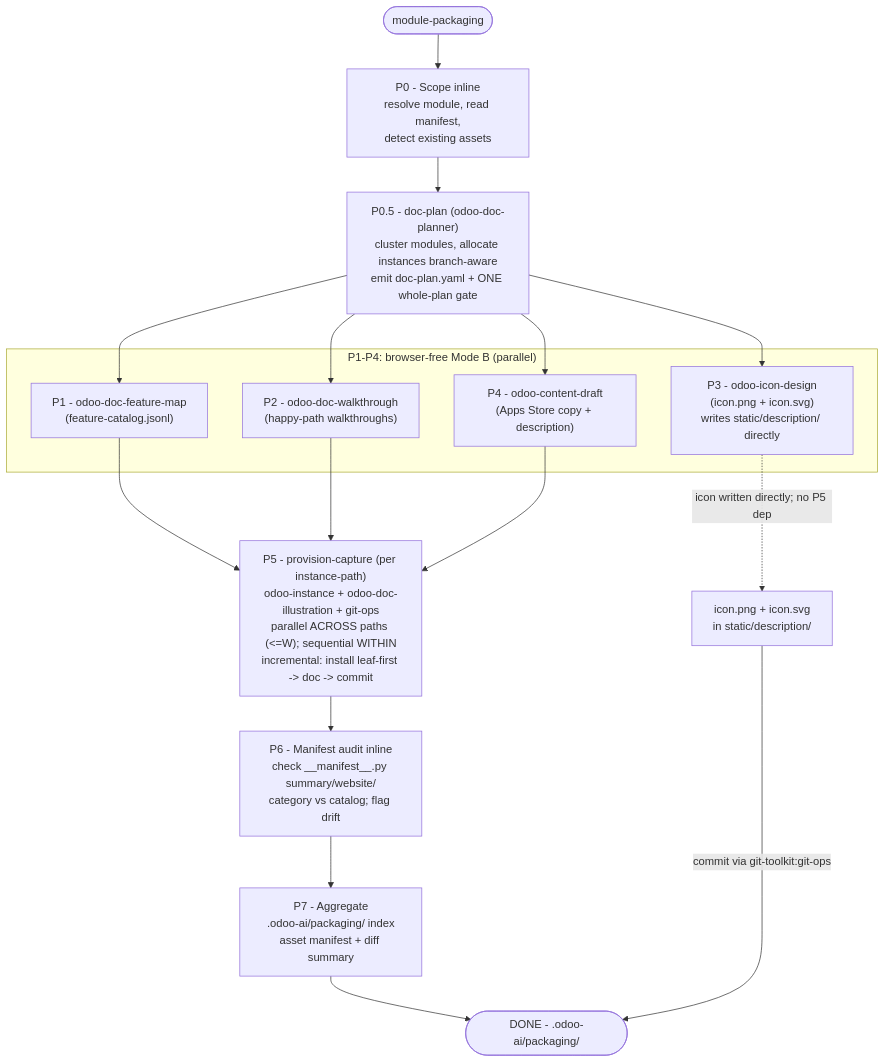
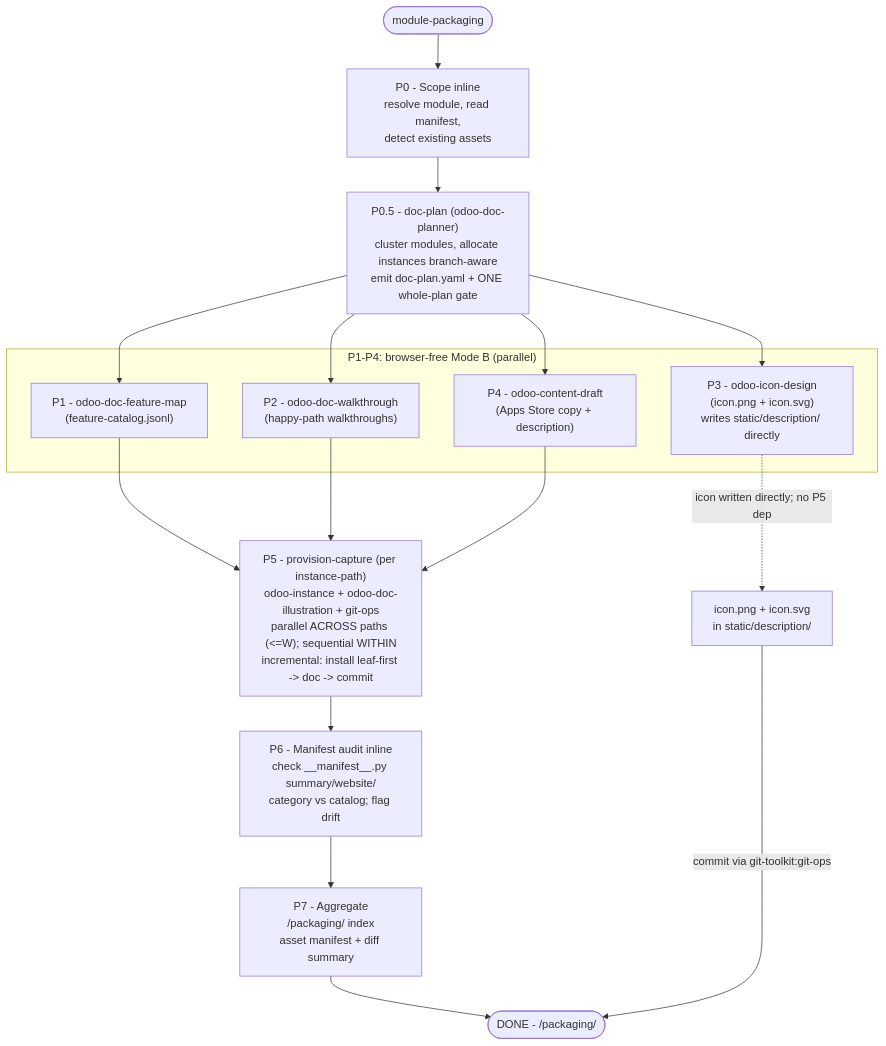
The eighth of 9 diagrams in plugins/odoo-ai-agents/README.md (Viindoo/odoo-mcp-client), drawn with Mermaid before and after one commit. The commit also changed other lines of this file and 9 other files, not shown here.

````diff
--- a/plugins/odoo-ai-agents/README.md
+++ b/plugins/odoo-ai-agents/README.md
@@ -561,31 +561,31 @@
 ```mermaid
 flowchart TD
     PKG_START(["module-packaging"])
     PKG_START --> PKG_P0["P0 - Scope inline<br/>resolve module, read manifest,<br/>detect existing assets"]
 
     PKG_P0 --> PKG_P05["P0.5 - doc-plan (odoo-doc-planner)<br/>cluster modules, allocate instances branch-aware<br/>emit doc-plan.yaml + ONE whole-plan gate"]
 
     subgraph PKG_FANOUT["P1-P4: browser-free Mode B (parallel)"]
         PKG_P1["P1 - odoo-doc-feature-map<br/>(feature-catalog.jsonl)"]
         PKG_P2["P2 - odoo-doc-walkthrough<br/>(happy-path walkthroughs)"]
         PKG_P3["P3 - odoo-icon-design<br/>(icon.png + icon.svg)<br/>writes static/description/ directly"]
         PKG_P4["P4 - odoo-content-draft<br/>(Apps Store copy + description)"]
     end
 
     PKG_P05 --> PKG_P1
     PKG_P05 --> PKG_P2
     PKG_P05 --> PKG_P3
     PKG_P05 --> PKG_P4
 
     PKG_P1 --> PKG_P5["P5 - provision-capture (per instance-path)<br/>odoo-instance + odoo-doc-illustration + git-ops<br/>parallel ACROSS paths (<=W); sequential WITHIN<br/>incremental: install leaf-first -> doc -> commit"]
     PKG_P2 --> PKG_P5
     PKG_P4 --> PKG_P5
     PKG_P3 -. "icon written directly; no P5 dep" .-> PKG_ICON["icon.png + icon.svg<br/>in static/description/"]
 
     PKG_P5 --> PKG_P6["P6 - Manifest audit inline<br/>check __manifest__.py summary/website/<br/>category vs catalog; flag drift"]
 
-    PKG_P6 --> PKG_P7["P7 - Aggregate<br/>.odoo-ai/packaging/ index<br/>asset manifest + diff summary"]
+    PKG_P6 --> PKG_P7["P7 - Aggregate<br/><ISOLATE_DIR>/packaging/ index<br/>asset manifest + diff summary"]
 
-    PKG_P7 --> PKG_DONE(["DONE - .odoo-ai/packaging/"])
+    PKG_P7 --> PKG_DONE(["DONE - <ISOLATE_DIR>/packaging/"])
     PKG_ICON -- "commit via git-toolkit:git-ops" --> PKG_DONE
 ```
````
